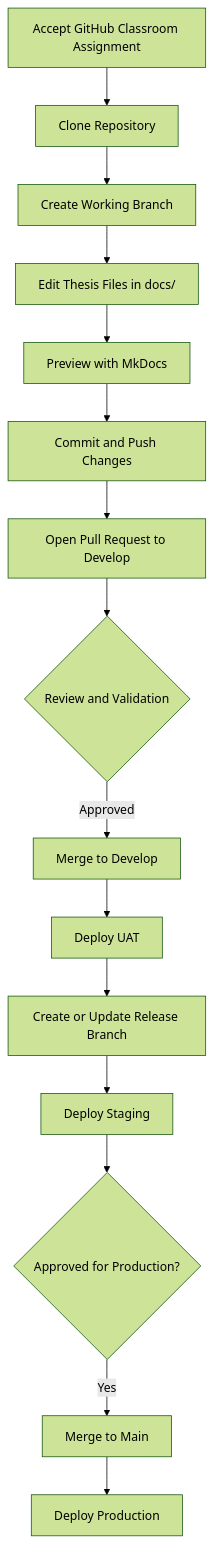
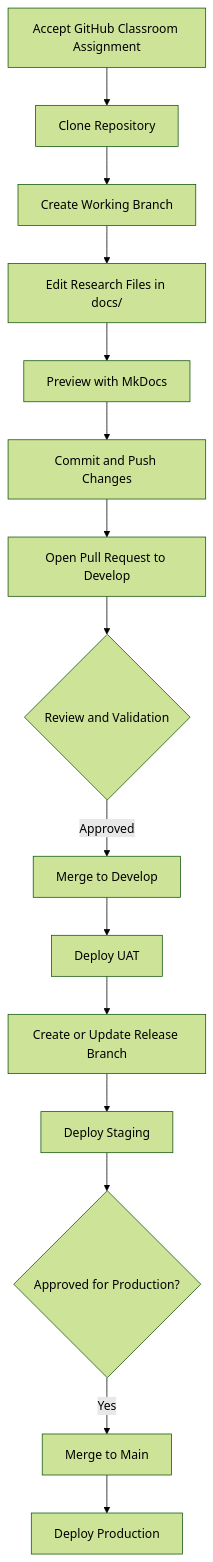
One commit to mc-ccs/bscs-research-template changed the diagram in README.md. Above: the diagram before and after it, drawn with Mermaid (forest theme). The commit also changed other lines of this file and 9 other files, not shown here.

Commit message:
feat: update terminology from 'thesis' to 'research' throughout documentation for consistency

````diff
--- a/README.md
+++ b/README.md
@@ -248,17 +248,17 @@
 ```mermaid
 flowchart TD
     A[Accept GitHub Classroom Assignment] --> B[Clone Repository]
     B --> C[Create Working Branch]
-    C --> D[Edit Thesis Files in docs/]
+    C --> D[Edit Research Files in docs/]
     D --> E[Preview with MkDocs]
     E --> F[Commit and Push Changes]
     F --> G[Open Pull Request to Develop]
     G --> H{Review and Validation}
     H -->|Approved| I[Merge to Develop]
     I --> J[Deploy UAT]
     J --> K[Create or Update Release Branch]
     K --> L[Deploy Staging]
     L --> M{Approved for Production?}
     M -->|Yes| N[Merge to Main]
     N --> O[Deploy Production]
 ```
````
